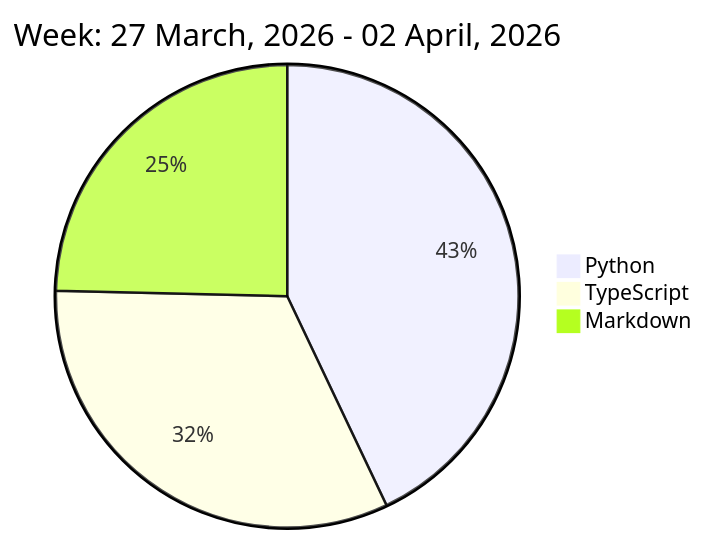
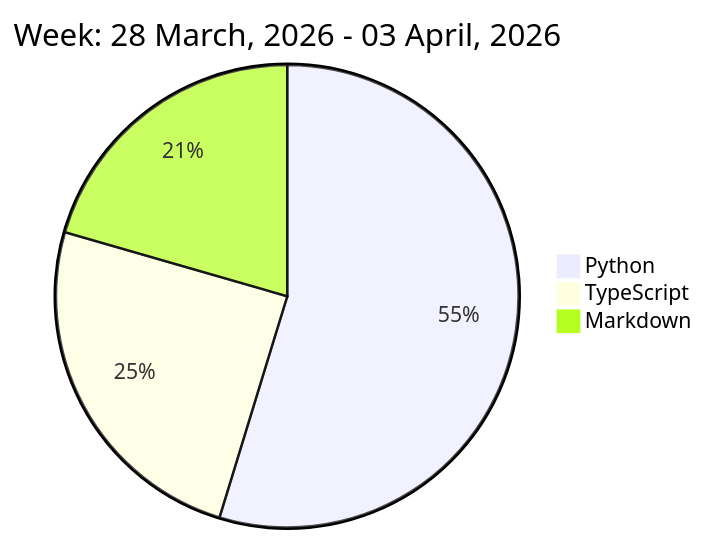
Before and after one commit to liubin95/liubin95: the diagram in README.md, drawn with Mermaid.

Commit message:
Updated the Graph with new Metrics

````diff
--- a/README.md
+++ b/README.md
@@ -32,7 +32,7 @@
 ```mermaid
  pie
-title Week: 27 March, 2026 - 02 April, 2026
- "Python" : 6.33
- "TypeScript" : 4.78
- "Markdown" : 3.63
+title Week: 28 March, 2026 - 03 April, 2026
+ "Python" : 8.85
+ "TypeScript" : 4.0
+ "Markdown" : 3.32
 ```
````
